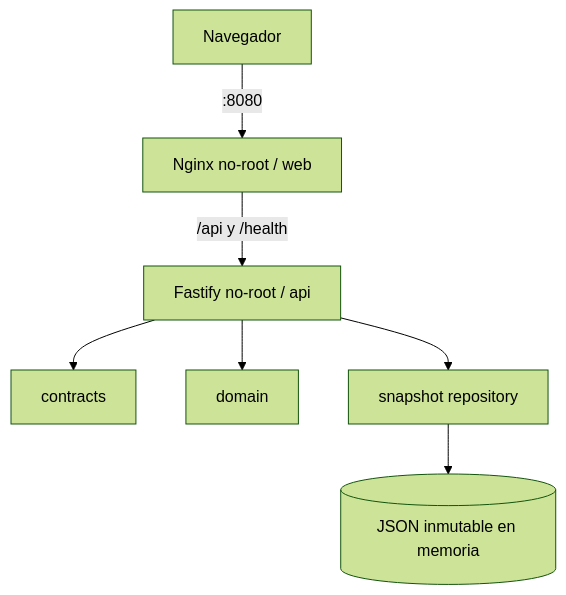
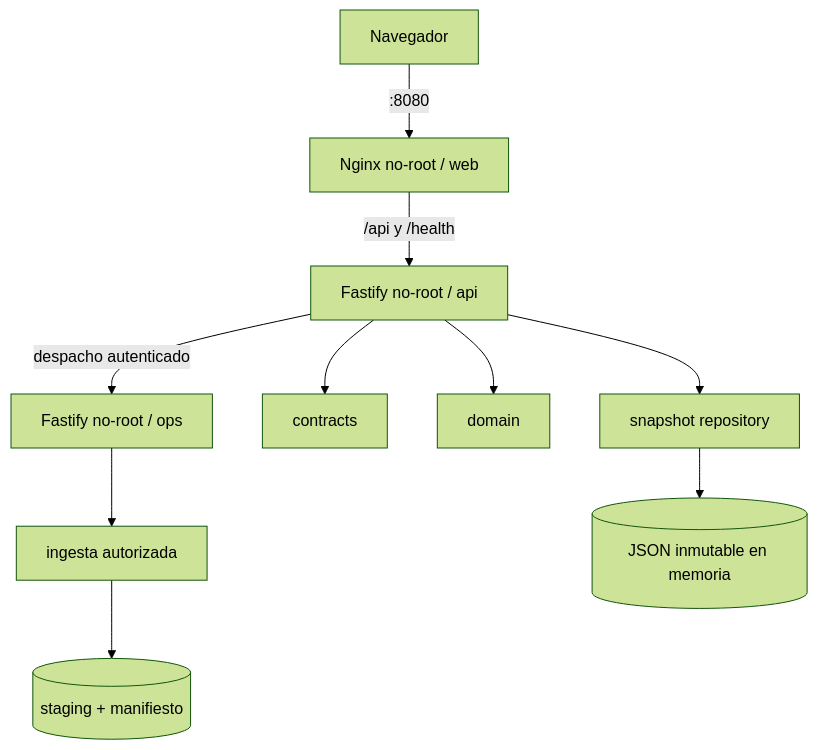
One commit to stefano-mt/viva-inteligencia-demo changed the second of 2 diagrams in docs/architecture/overview.md. Above: the diagram before and after it, drawn with Mermaid (forest theme). The commit also changed other lines of this file and 56 other files, not shown here.

````diff
--- a/docs/architecture/overview.md
+++ b/docs/architecture/overview.md
@@ -19,9 +19,12 @@
 ```mermaid
 flowchart TB
   B[Navegador] -->|:8080| N[Nginx no-root / web]
   N -->|/api y /health| F[Fastify no-root / api]
+  F -->|despacho autenticado| Q[Fastify no-root / ops]
+  Q --> I[ingesta autorizada]
+  I --> T[(staging + manifiesto)]
   F --> C[contracts]
   F --> D[domain]
   F --> R[snapshot repository]
   R --> J[(JSON inmutable en memoria)]
 ```
````
